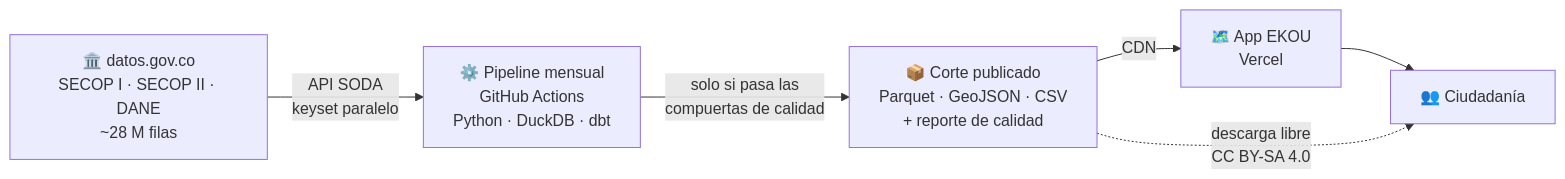
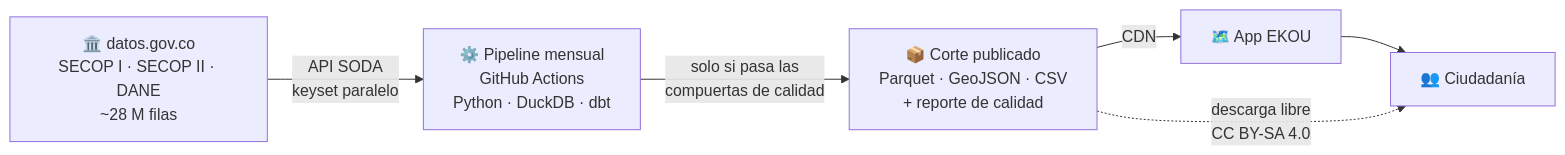
One commit to EKOU-Solutions/EKOU-Elephants changed the first of 5 diagrams in docs/arquitectura-datos.md. Above: the diagram before and after it, drawn with Mermaid. The commit also changed other lines of this file, not shown here.

Commit message:
Fix: arreglar gramatica, quitar verce

````diff
--- a/docs/arquitectura-datos.md
+++ b/docs/arquitectura-datos.md
@@ -9,14 +9,14 @@
 ```mermaid
 flowchart LR
     SRC["🏛️ datos.gov.co<br/>SECOP I · SECOP II · DANE<br/>~28 M filas"]
     PIPE["⚙️ Pipeline mensual<br/>GitHub Actions<br/>Python · DuckDB · dbt"]
     PUB["📦 Corte publicado<br/>Parquet · GeoJSON · CSV<br/>+ reporte de calidad"]
-    APP["🗺️ App EKOU<br/>Vercel"]
+    APP["🗺️ App EKOU"]
     CIU["👥 Ciudadanía"]
 
     SRC -->|"API SODA<br/>keyset paralelo"| PIPE
     PIPE -->|"solo si pasa las<br/>compuertas de calidad"| PUB
     PUB -->|"CDN"| APP
     APP --> CIU
     PUB -.->|"descarga libre<br/>CC BY-SA 4.0"| CIU
 ```
````
